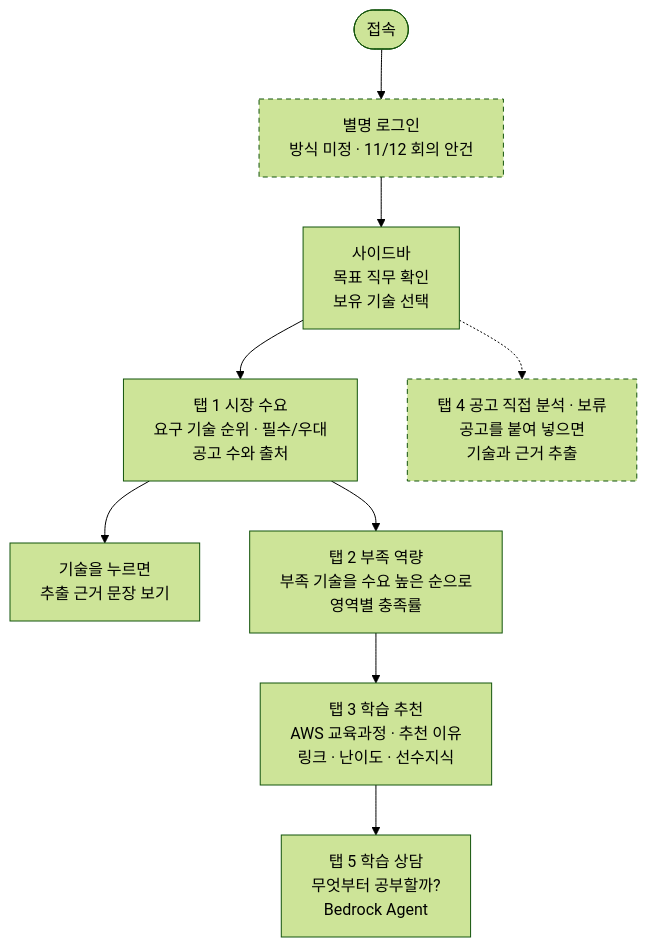
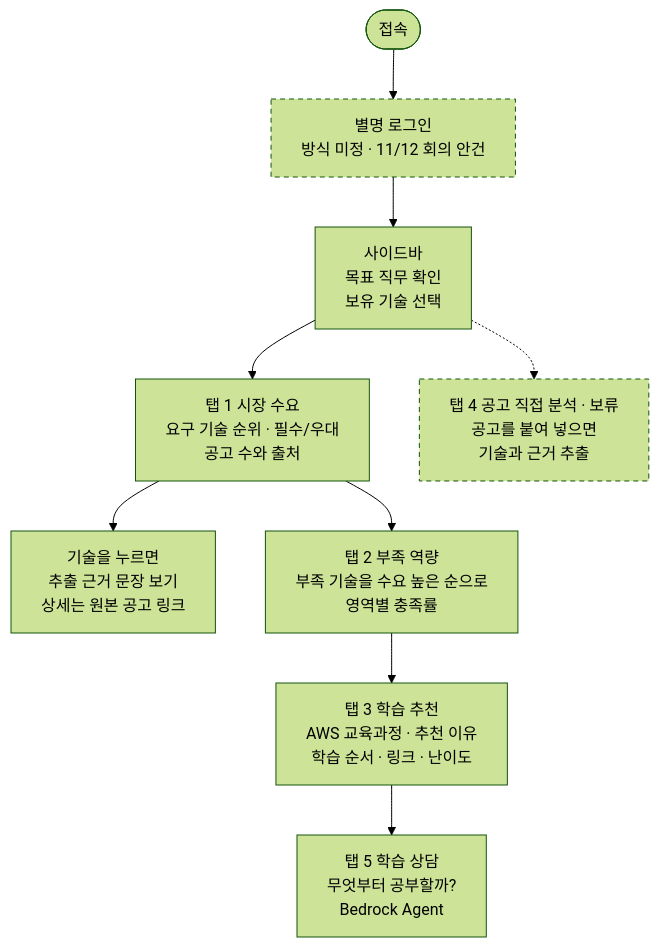
One commit to Sungsim-Metro/skillpath-ai changed the first of 2 diagrams in docs/service-flow.md. Above: the diagram before and after it, drawn with Mermaid (forest theme). The commit also changed other lines of this file and 4 other files, not shown here.

First line of the commit message:
11/12 회의 결정을 기획·개발·플로우 문서와 작업 지침에 반영

````diff
--- a/docs/service-flow.md
+++ b/docs/service-flow.md
@@ -11,14 +11,14 @@
 ```mermaid
 flowchart TD
     start(["접속"]) --> login["별명 로그인<br/>방식 미정 · 11/12 회의 안건"]
     login --> side["사이드바<br/>목표 직무 확인<br/>보유 기술 선택"]
     side --> t1["탭 1 시장 수요<br/>요구 기술 순위 · 필수/우대<br/>공고 수와 출처"]
-    t1 --> ev["기술을 누르면<br/>추출 근거 문장 보기"]
+    t1 --> ev["기술을 누르면<br/>추출 근거 문장 보기<br/>상세는 원본 공고 링크"]
     t1 --> t2["탭 2 부족 역량<br/>부족 기술을 수요 높은 순으로<br/>영역별 충족률"]
-    t2 --> t3["탭 3 학습 추천<br/>AWS 교육과정 · 추천 이유<br/>링크 · 난이도 · 선수지식"]
+    t2 --> t3["탭 3 학습 추천<br/>AWS 교육과정 · 추천 이유<br/>학습 순서 · 링크 · 난이도"]
     t3 --> t5["탭 5 학습 상담<br/>무엇부터 공부할까?<br/>Bedrock Agent"]
     side -.-> t4["탭 4 공고 직접 분석 · 보류<br/>공고를 붙여 넣으면<br/>기술과 근거 추출"]
 
     classDef hold stroke-dasharray: 5 4
     class login,t4 hold
 ```
````
